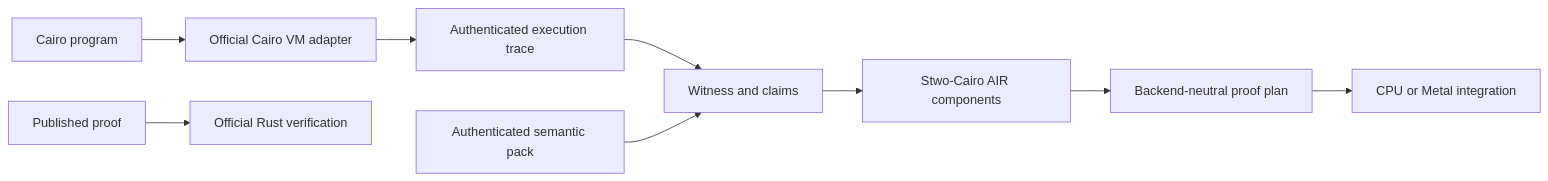
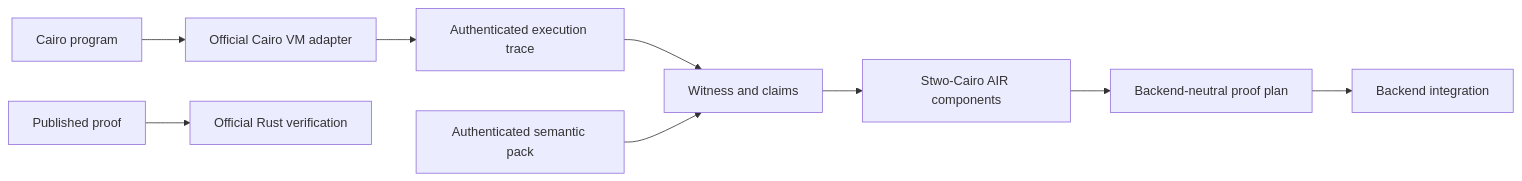
One commit to teddyjfpender/stwo-zig changed the diagram in src/frontends/cairo/README.md. Above: the diagram before and after it, drawn with Mermaid. The commit also changed other lines of this file and 13 other files, not shown here.

````diff
--- a/src/frontends/cairo/README.md
+++ b/src/frontends/cairo/README.md
@@ -22,11 +23,11 @@
 ```mermaid
 flowchart LR
     Program[Cairo program] --> VM[Official Cairo VM adapter]
     VM --> Trace[Authenticated execution trace]
     Trace --> Witness[Witness and claims]
     Semantics[Authenticated semantic pack] --> Witness
     Witness --> AIR[Stwo-Cairo AIR components]
     AIR --> Plan[Backend-neutral proof plan]
-    Plan --> Integration[CPU or Metal integration]
+    Plan --> Integration[Backend integration]
     Proof[Published proof] --> Oracle[Official Rust verification]
 ```
````
